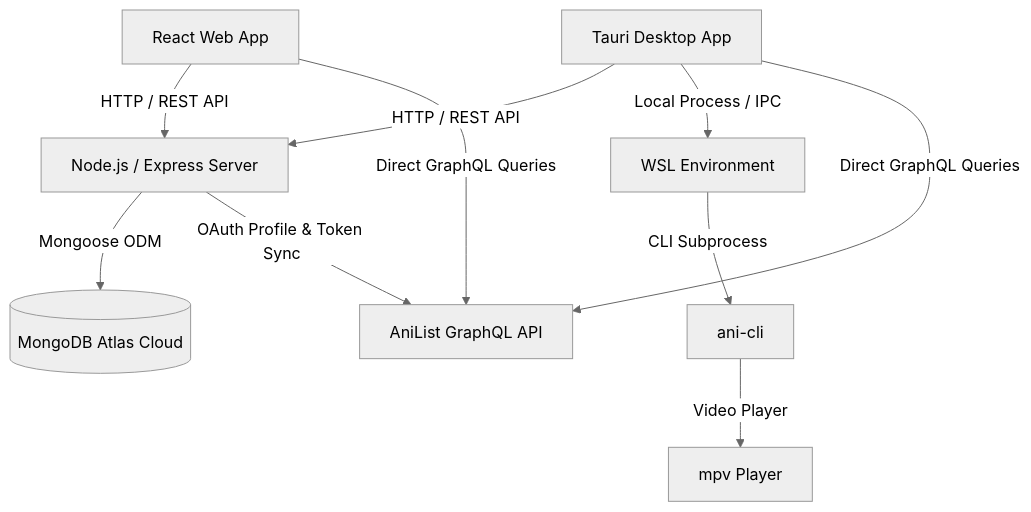
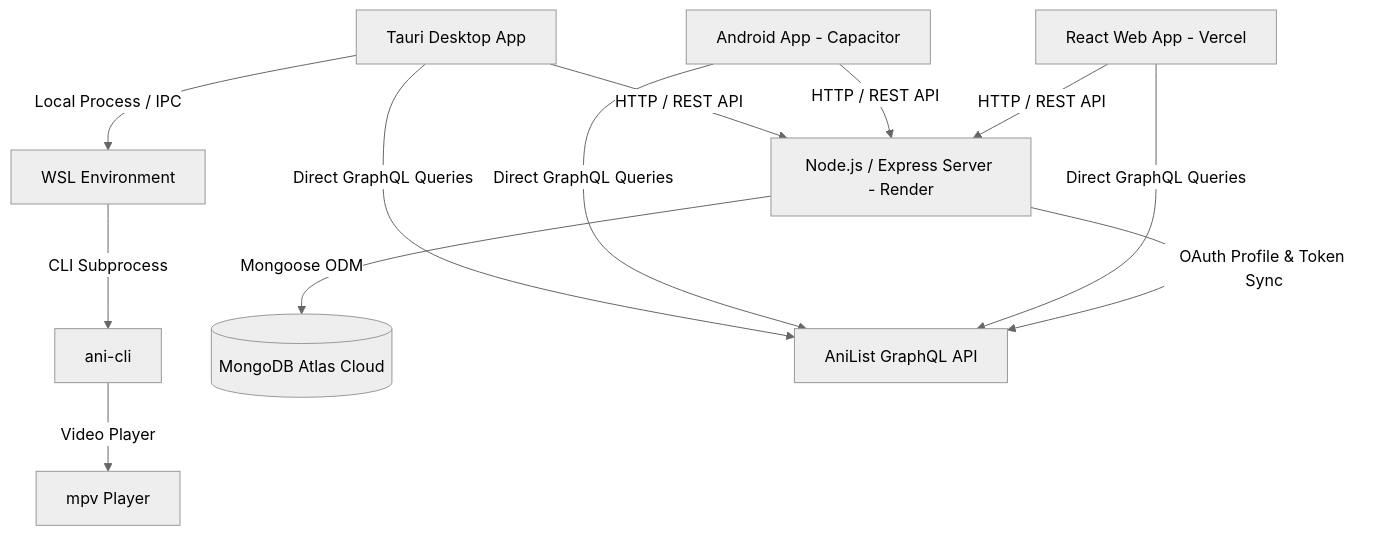
One commit to Prats1729/PALv2 changed the diagram in README.md. Above: the diagram before and after it, drawn with Mermaid (neutral theme). The commit also changed other lines of this file and 75 other files, not shown here.

Commit message:
feat: release PAL v3.0.0 with Android Capacitor client & APK updater

````diff
--- a/README.md
+++ b/README.md
@@ -78,12 +101,14 @@
 ```mermaid
 graph TD
-    ClientWeb[React Web App] -->|HTTP / REST API| Server[Node.js / Express Server]
+    ClientWeb[React Web App - Vercel] -->|HTTP / REST API| Server[Node.js / Express Server - Render]
+    ClientAndroid[Android App - Capacitor] -->|HTTP / REST API| Server
     ClientTauri[Tauri Desktop App] -->|HTTP / REST API| Server
     ClientTauri -->|Local Process / IPC| WSL[WSL Environment]
     WSL -->|CLI Subprocess| AniCli[ani-cli]
     AniCli -->|Video Player| MPV[mpv Player]
     Server -->|Mongoose ODM| DB[(MongoDB Atlas Cloud)]
     Server -->|OAuth Profile & Token Sync| AniListAPI[AniList GraphQL API]
     ClientWeb -->|Direct GraphQL Queries| AniListAPI
+    ClientAndroid -->|Direct GraphQL Queries| AniListAPI
     ClientTauri -->|Direct GraphQL Queries| AniListAPI
 ```
````
